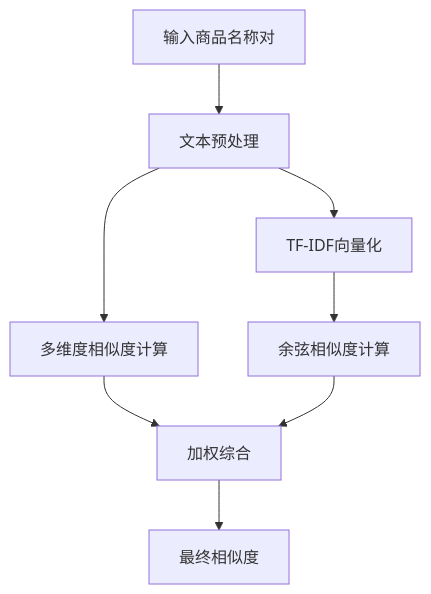
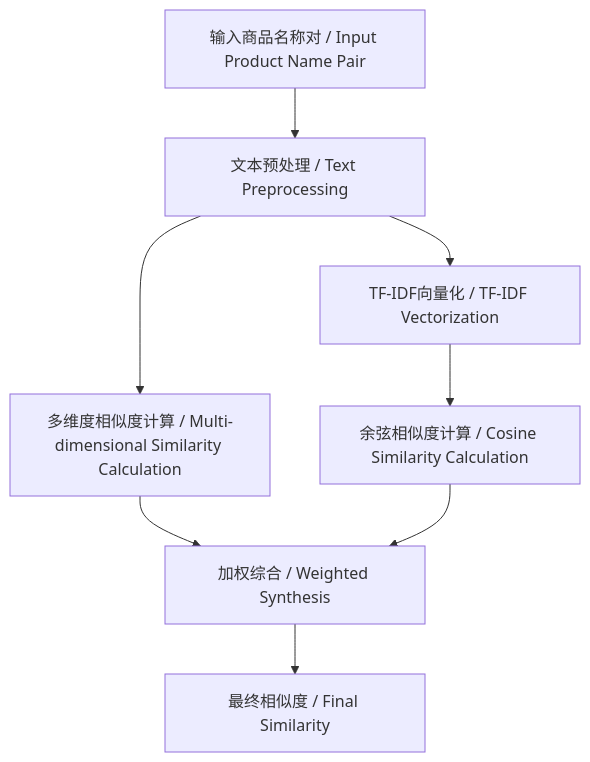
One commit to 041008Ashley/2025-ProductTitleMatchingAnalysis changed the sixth of 10 diagrams in README.md. Above: the diagram before and after it, drawn with Mermaid. The commit also changed other lines of this file, not shown here.

````diff
--- a/README.md
+++ b/README.md
@@ -212,10 +208,10 @@
 ```mermaid
 graph TD
-    A[输入商品名称对] --> B[文本预处理]
-    B --> C[TF-IDF向量化]
-    C --> D[余弦相似度计算]
-    B --> E[多维度相似度计算]
-    E --> F[加权综合]
+    A[输入商品名称对 / Input Product Name Pair] --> B[文本预处理 / Text Preprocessing]
+    B --> C[TF-IDF向量化 / TF-IDF Vectorization]
+    C --> D[余弦相似度计算 / Cosine Similarity Calculation]
+    B --> E[多维度相似度计算 / Multi-dimensional Similarity Calculation]
+    E --> F[加权综合 / Weighted Synthesis]
     D --> F
-    F --> G[最终相似度]
+    F --> G[最终相似度 / Final Similarity]
 ```
````
